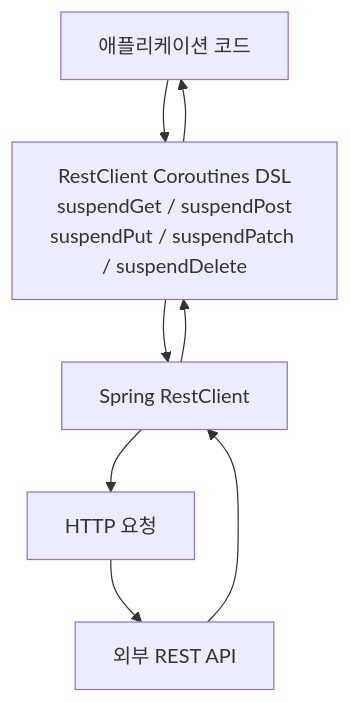
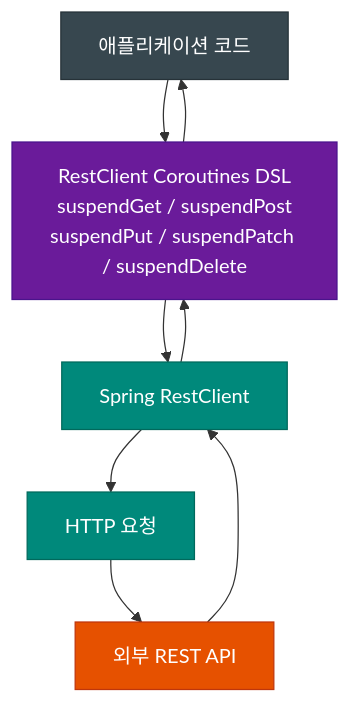
The third of 4 diagrams in spring-boot4/core/README.ko.md (bluetape4k/bluetape4k-projects), drawn with Mermaid before and after one commit. The commit also changed other lines of this file and 221 other files, not shown here.

First line of the commit message:
docs: 전체 모듈 README UML 다이어그램 보강 및 색상 업그레이드

````diff
--- a/spring-boot4/core/README.ko.md
+++ b/spring-boot4/core/README.ko.md
@@ -230,10 +248,20 @@
 ```mermaid
 flowchart TD
     App["애플리케이션 코드"] --> DSL["RestClient Coroutines DSL<br/>suspendGet / suspendPost<br/>suspendPut / suspendPatch / suspendDelete"]
     DSL --> RestClient["Spring RestClient"]
     RestClient --> HTTP["HTTP 요청"]
     HTTP --> ExternalAPI["외부 REST API"]
     ExternalAPI --> RestClient
     RestClient --> DSL
     DSL --> App
+
+    classDef appStyle fill:#37474F,stroke:#263238,color:#FFFFFF
+    classDef dslStyle fill:#6A1B9A,stroke:#4A148C,color:#FFFFFF
+    classDef httpStyle fill:#00897B,stroke:#00695C,color:#FFFFFF
+    classDef externalStyle fill:#E65100,stroke:#BF360C,color:#FFFFFF
+
+    class App appStyle
+    class DSL dslStyle
+    class RestClient,HTTP httpStyle
+    class ExternalAPI externalStyle
 ```
````
